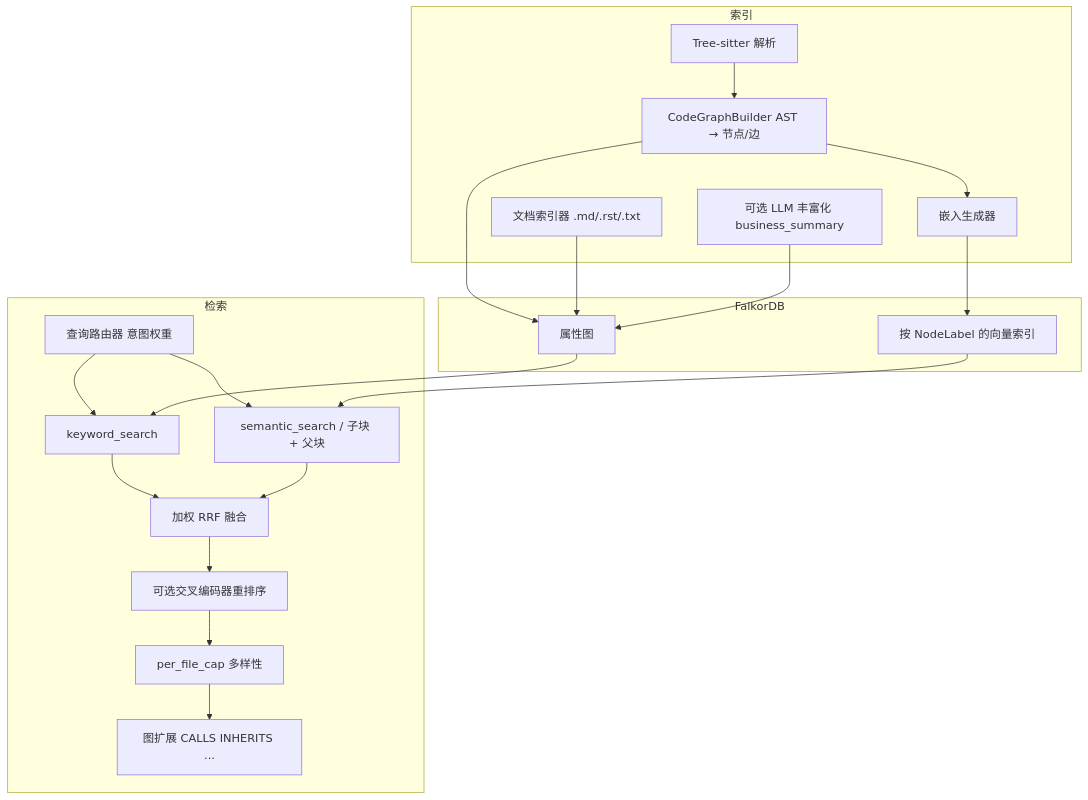
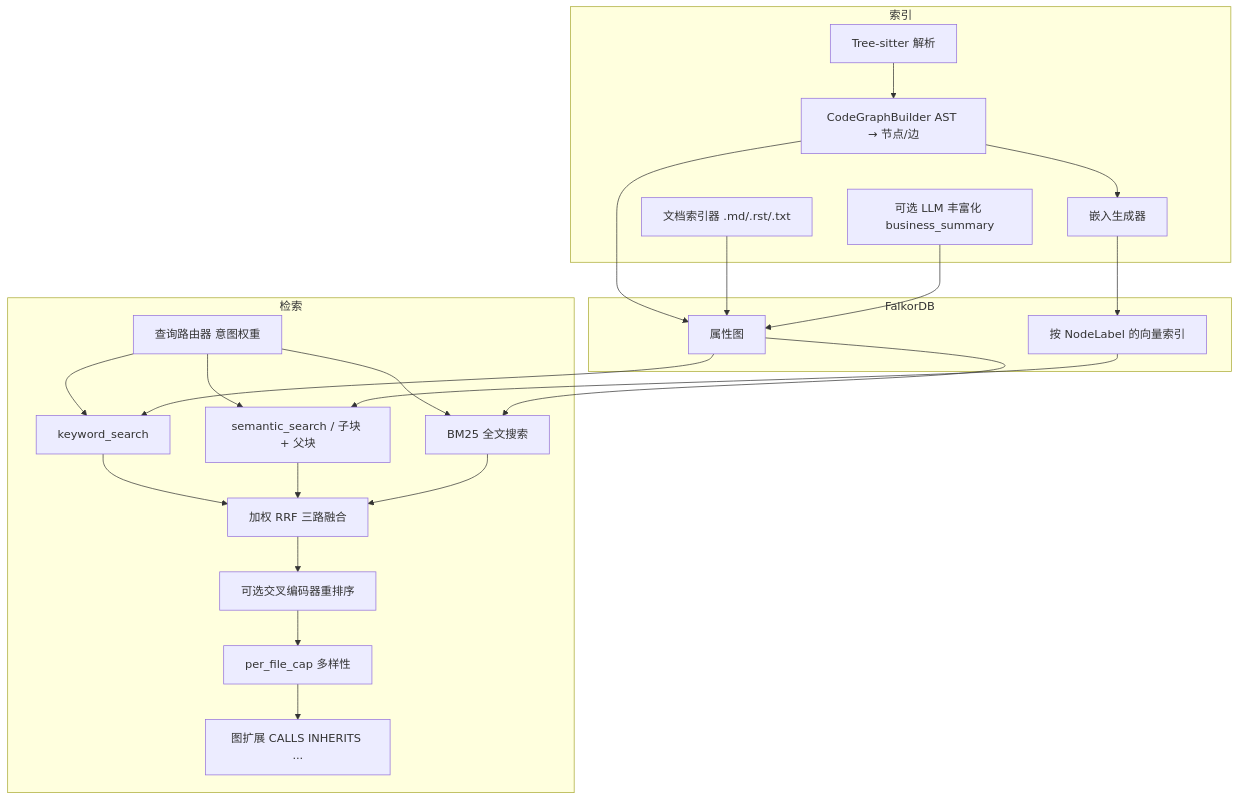
Before and after one commit to EarthChen/knowledge-base-service: the diagram in docs/ARCHITECTURE.md, drawn with Mermaid. The commit also changed other lines of this file and 5 other files, not shown here.

````diff
--- a/docs/ARCHITECTURE.md
+++ b/docs/ARCHITECTURE.md
@@ -5,37 +5,41 @@
 ```mermaid
 flowchart TB
   subgraph ingest [索引]
     TS[Tree-sitter 解析]
     CGB[CodeGraphBuilder AST → 节点/边]
     DOC[文档索引器 .md/.rst/.txt]
     EMB[嵌入生成器]
     ENR[可选 LLM 丰富化 business_summary]
   end
 
   subgraph store [FalkorDB]
     G[属性图]
     V[按 NodeLabel 的向量索引]
   end
 
   subgraph retrieve [检索]
     QR[查询路由器 意图权重]
     KW[keyword_search]
     SEM[semantic_search / 子块 + 父块]
-    RRF[加权 RRF 融合]
+    BM25[BM25 全文搜索]
+    RRF[加权 RRF 三路融合]
     RR[可选交叉编码器重排序]
     CAP[per_file_cap 多样性]
     EXP[图扩展 CALLS INHERITS ...]
   end
 
   TS --> CGB --> G
   DOC --> G
   CGB --> EMB --> V
   ENR --> G
   KW --> RRF
   SEM --> RRF
+  BM25 --> RRF
   QR --> KW
   QR --> SEM
+  QR --> BM25
   RRF --> RR --> CAP --> EXP
   G --> KW
   V --> SEM
+  G --> BM25
 ```
````
